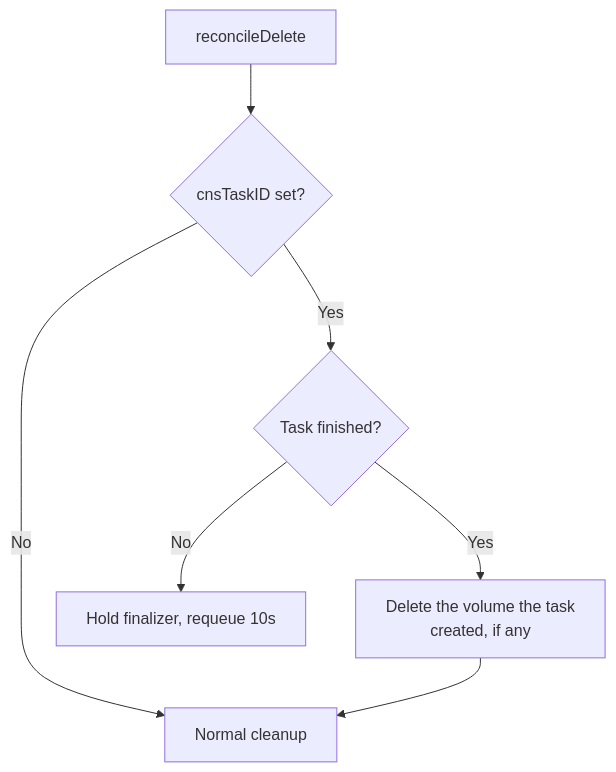
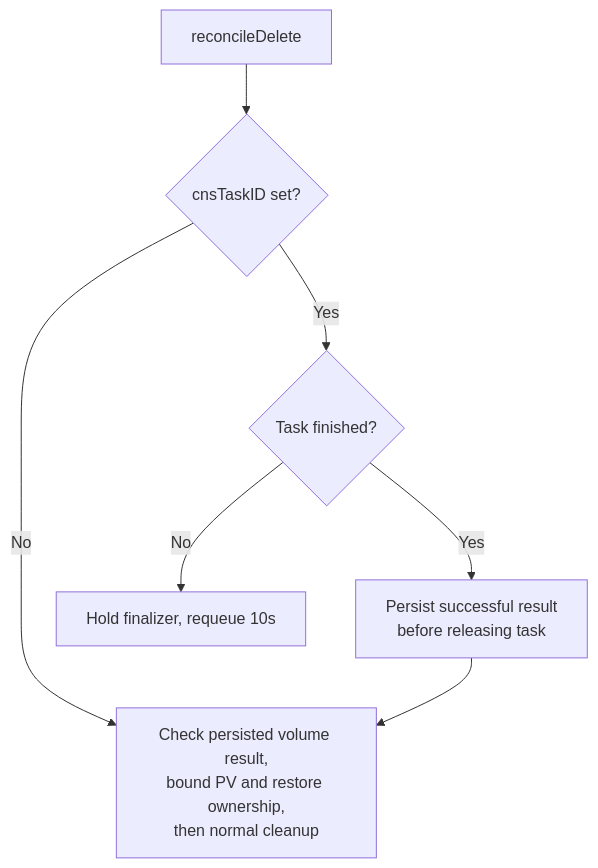
Before and after one commit to kubernetes-sigs/vsphere-csi-driver: the seventh of 7 diagrams in spec/UBMCNS-2482/design.md, drawn with Mermaid. The commit also changed other lines of this file and 10 other files, not shown here.

````diff
--- a/spec/UBMCNS-2482/design.md
+++ b/spec/UBMCNS-2482/design.md
@@ -553,9 +576,9 @@
 ```mermaid
 flowchart TD
     D["reconcileDelete"] --> T{"cnsTaskID set?"}
-    T -->|No| N["Normal cleanup"]
+    T -->|No| N["Check persisted volume result,<br/>bound PV and restore ownership,<br/>then normal cleanup"]
     T -->|Yes| O{"Task finished?"}
     O -->|No| H["Hold finalizer, requeue 10s"]
-    O -->|Yes| C["Delete the volume the task<br/>created, if any"]
+    O -->|Yes| C["Persist successful result<br/>before releasing task"]
     C --> N
 ```
````
